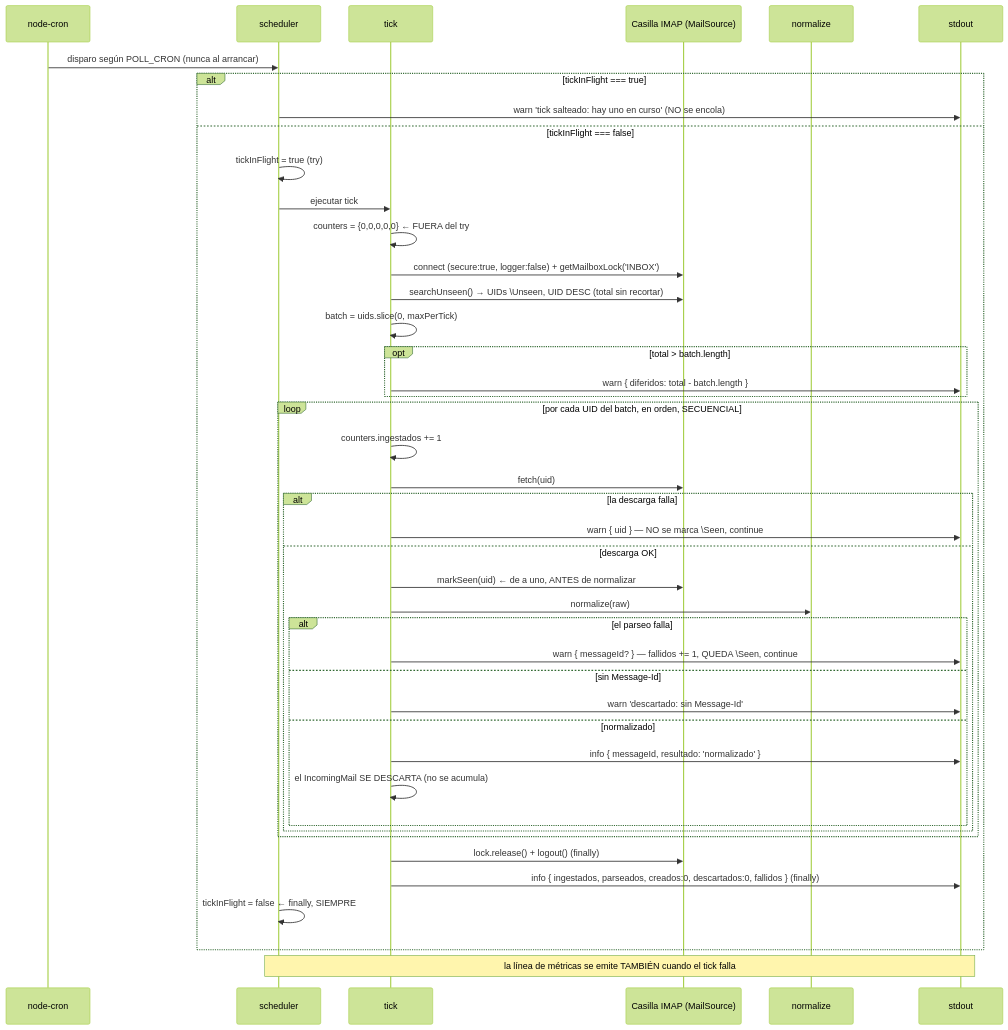
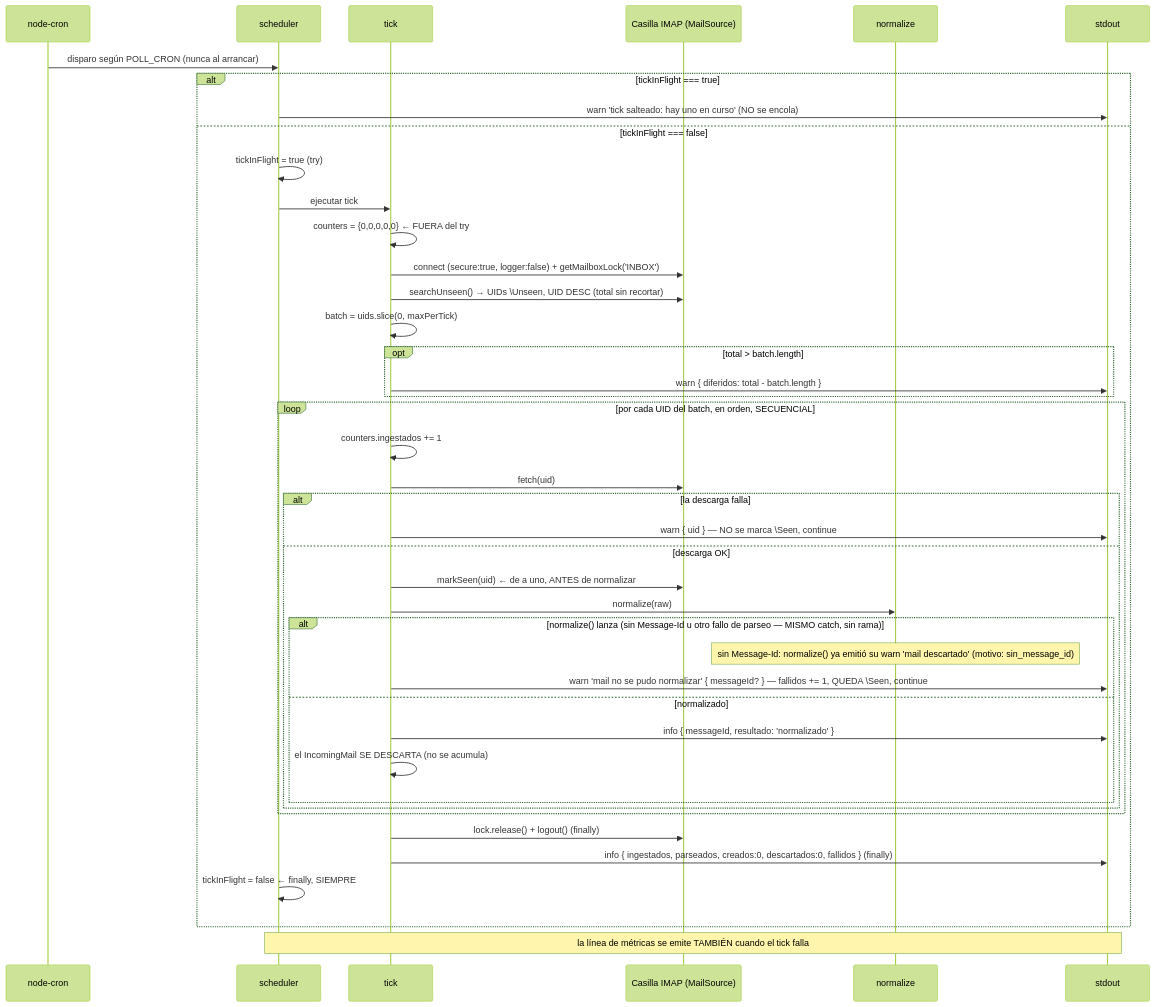
Before and after one commit to gravadigital/jiku-email-tickets: the diagram in docs/flows/ingesta-y-normalizacion-del-mail.md, drawn with Mermaid (forest theme). The commit also changed other lines of this file and 9 other files, not shown here.

First line of the commit message:
feat(story-S-010/jiku-mail-connector): tick — cap, orden, marcado y aislamiento de fallos

````diff
--- a/docs/flows/ingesta-y-normalizacion-del-mail.md
+++ b/docs/flows/ingesta-y-normalizacion-del-mail.md
@@ -49,46 +50,45 @@
 ```mermaid
 sequenceDiagram
     participant CRON as node-cron
     participant SCH as scheduler
     participant TICK as tick
     participant IMAP as Casilla IMAP (MailSource)
     participant NORM as normalize
     participant LOG as stdout
 
     CRON->>SCH: disparo según POLL_CRON (nunca al arrancar)
     alt tickInFlight === true
         SCH->>LOG: warn 'tick salteado: hay uno en curso' (NO se encola)
     else tickInFlight === false
         SCH->>SCH: tickInFlight = true (try)
         SCH->>TICK: ejecutar tick
         TICK->>TICK: counters = {0,0,0,0,0}  ← FUERA del try
         TICK->>IMAP: connect (secure:true, logger:false) + getMailboxLock('INBOX')
         TICK->>IMAP: searchUnseen() → UIDs \Unseen, UID DESC (total sin recortar)
         TICK->>TICK: batch = uids.slice(0, maxPerTick)
         opt total > batch.length
             TICK->>LOG: warn { diferidos: total - batch.length }
         end
         loop por cada UID del batch, en orden, SECUENCIAL
             TICK->>TICK: counters.ingestados += 1
             TICK->>IMAP: fetch(uid)
             alt la descarga falla
                 TICK->>LOG: warn { uid } — NO se marca \Seen, continue
             else descarga OK
                 TICK->>IMAP: markSeen(uid)  ← de a uno, ANTES de normalizar
                 TICK->>NORM: normalize(raw)
-                alt el parseo falla
-                    TICK->>LOG: warn { messageId? } — fallidos += 1, QUEDA \Seen, continue
-                else sin Message-Id
-                    TICK->>LOG: warn 'descartado: sin Message-Id'
+                alt normalize() lanza (sin Message-Id u otro fallo de parseo — MISMO catch, sin rama)
+                    Note over NORM: sin Message-Id: normalize() ya emitió su warn 'mail descartado' (motivo: sin_message_id)
+                    TICK->>LOG: warn 'mail no se pudo normalizar' { messageId? } — fallidos += 1, QUEDA \Seen, continue
                 else normalizado
                     TICK->>LOG: info { messageId, resultado: 'normalizado' }
                     TICK->>TICK: el IncomingMail SE DESCARTA (no se acumula)
                 end
             end
         end
         TICK->>IMAP: lock.release() + logout()  (finally)
         TICK->>LOG: info { ingestados, parseados, creados:0, descartados:0, fallidos }  (finally)
         SCH->>SCH: tickInFlight = false  ← finally, SIEMPRE
     end
     Note over SCH,LOG: la línea de métricas se emite TAMBIÉN cuando el tick falla
 ```
````
